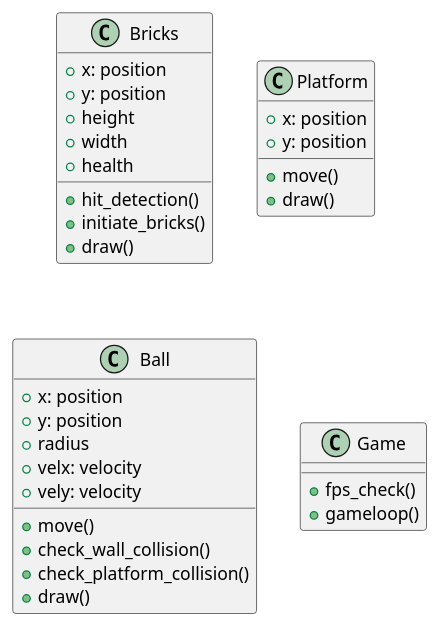
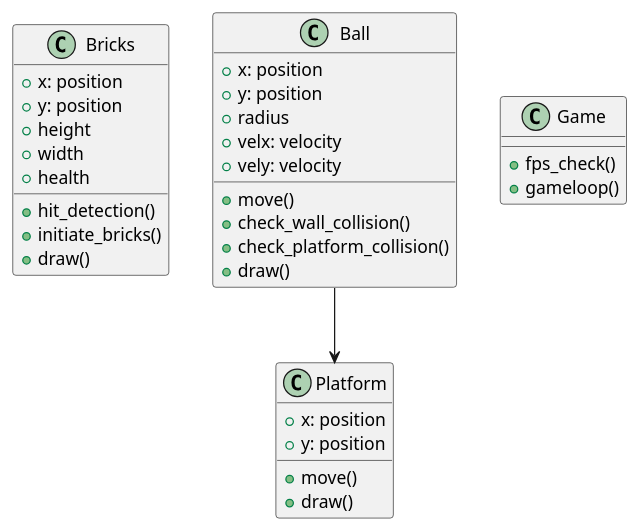
One commit to MartinRovang/UniversityPhysics changed the diagram in Objektorientert INF-1400/oblig1/Revamped/testPreview.wsd. Above: the diagram before and after it, drawn with PlantUML. The commit also changed 25 other files, not shown here.

```diff
--- a/Objektorientert INF-1400/oblig1/Revamped/testPreview.wsd
+++ b/Objektorientert INF-1400/oblig1/Revamped/testPreview.wsd
@@ -6,40 +6,43 @@
 @startuml
 class Bricks{
     + x: position
     + y: position
     + height
     + width
     + health
     + hit_detection()
     + initiate_bricks()
     + draw()
 }
 
 class Platform{
     + x: position
     + y: position
     + move()
     + draw()
 }
 
 
 class Ball{
     + x: position
     + y: position
     + radius
     + velx: velocity
     + vely: velocity
     + move()
     + check_wall_collision()
     + check_platform_collision()
     + draw()
 }
 
 class Game{
     + fps_check()
     + gameloop()
 }
 
 
 
+Ball --> Platform
+
+
 @enduml
```
